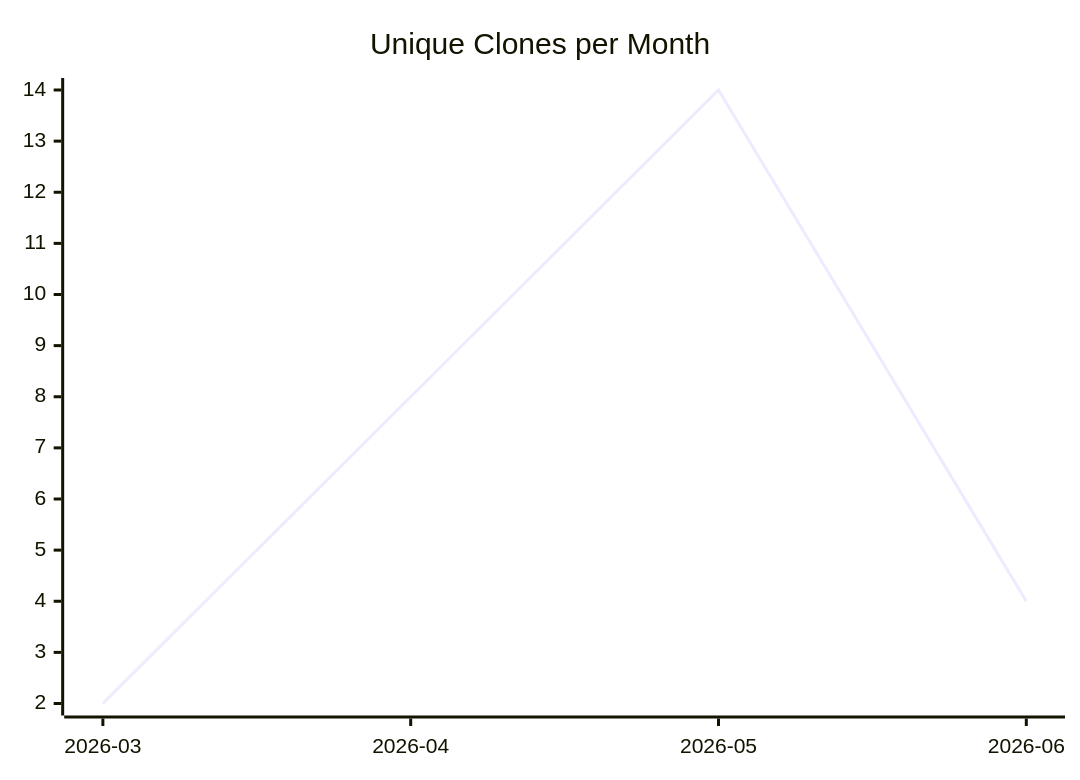
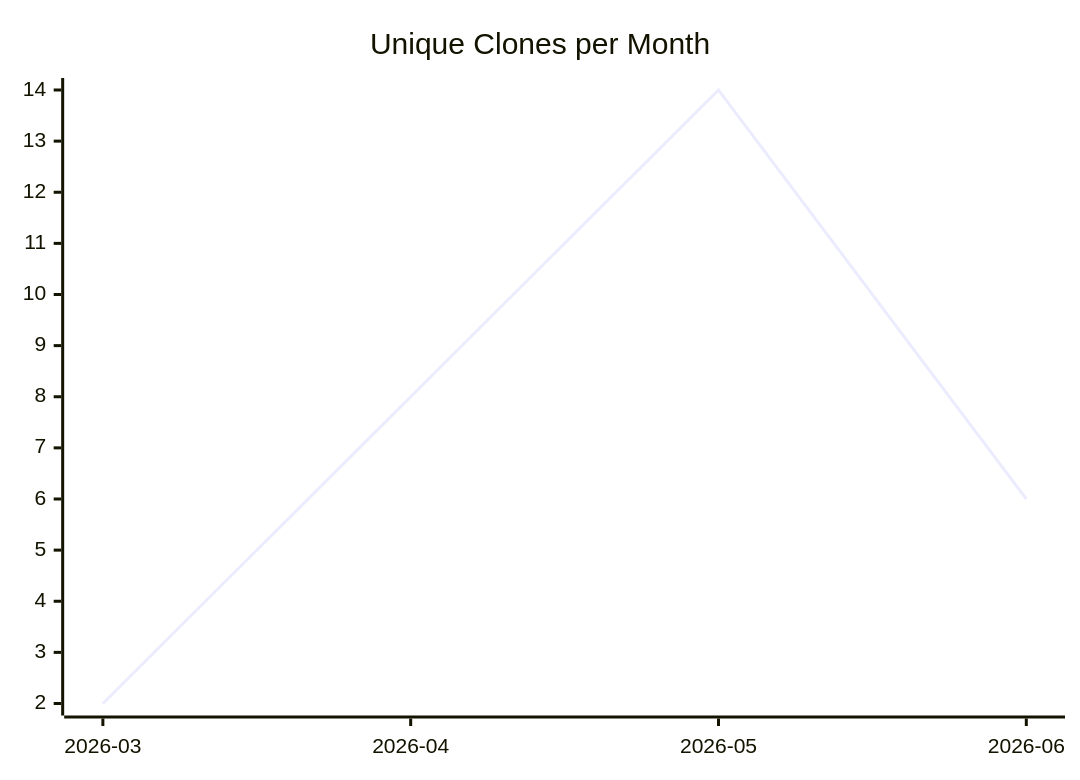
The third of 3 diagrams in karlmdavis/kobjects/README.md (justdavis-family/github-analytics-data), drawn with Mermaid before and after one commit. The commit also changed other lines of this file and 198 other files, not shown here.

````diff
--- a/karlmdavis/kobjects/README.md
+++ b/karlmdavis/kobjects/README.md
@@ -19,6 +19,6 @@
 ```mermaid
 xychart-beta
   title "Unique Clones per Month"
   x-axis ["2026-03", "2026-04", "2026-05", "2026-06"]
-  line [2, 8, 14, 4]
+  line [2, 8, 14, 6]
 ```
````
